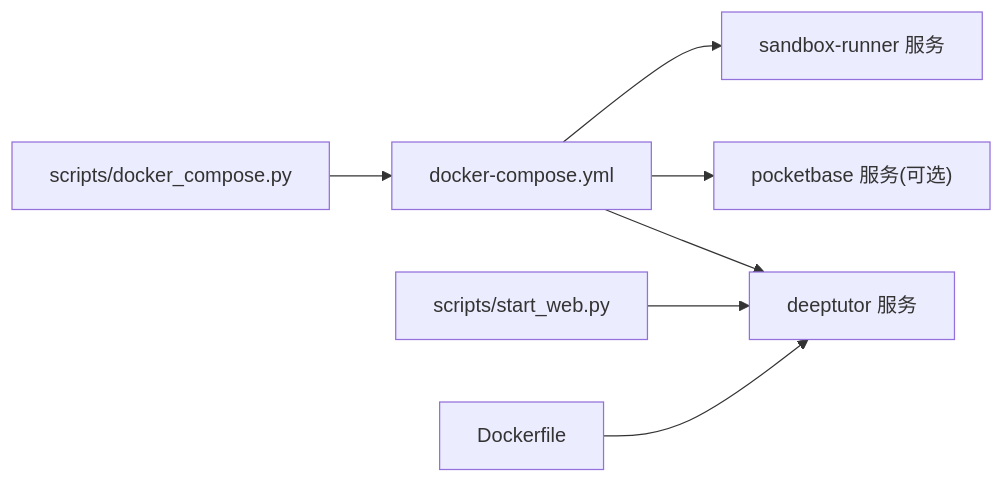
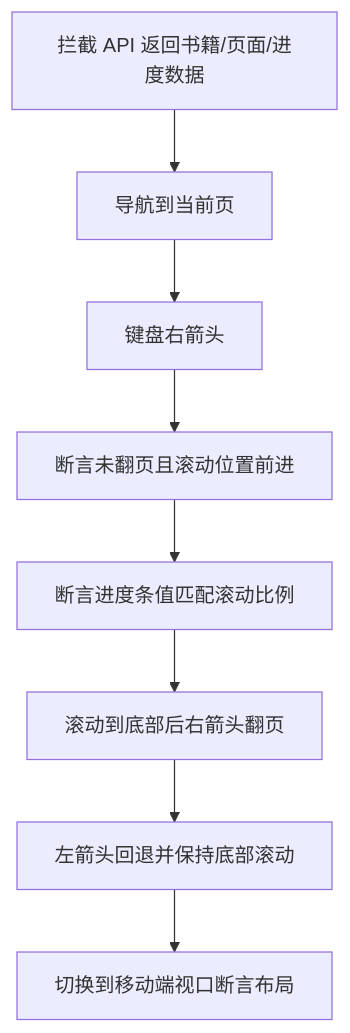
Before and after one commit to gongzili456/DeepTutor: the seventh of 10 diagrams in .qoder/repowiki/zh/content/测试策略/端到端测试.md, drawn with Mermaid. The commit also changed other lines of this file and 1242 other files, not shown here.

````diff
--- a/.qoder/repowiki/zh/content/测试策略/端到端测试.md
+++ b/.qoder/repowiki/zh/content/测试策略/端到端测试.md
@@ -161,9 +293,10 @@
 ```mermaid
-graph LR
-A["scripts/docker_compose.py"] --> B["docker-compose.yml"]
-B --> C["deeptutor 服务"]
-B --> D["pocketbase 服务(可选)"]
-B --> E["sandbox-runner 服务"]
-F["scripts/start_web.py"] --> C
-G["Dockerfile"] --> C
+flowchart TD
+R["拦截 API 返回书籍/页面/进度数据"] --> N["导航到当前页"]
+N --> K["键盘右箭头"]
+K --> S["断言未翻页且滚动位置前进"]
+S --> P["断言进度条值匹配滚动比例"]
+P --> E["滚动到底部后右箭头翻页"]
+E --> L["左箭头回退并保持底部滚动"]
+L --> M["切换到移动端视口断言布局"]
 ```
````
